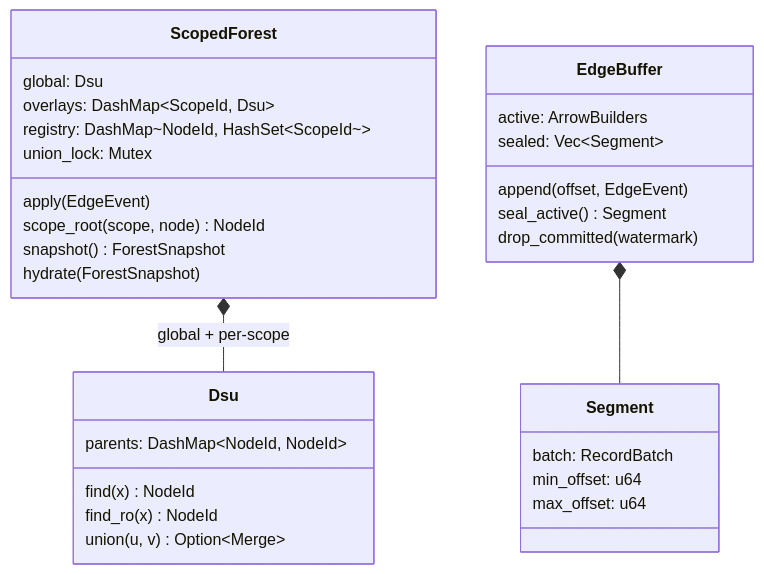
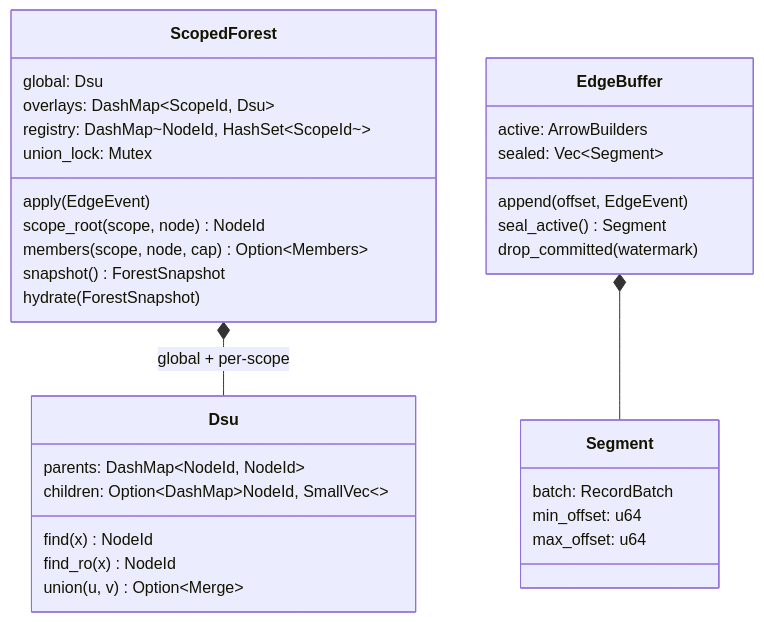
One commit to gilandose/blaze changed the third of 4 diagrams in ARCHITECTURE.md. Above: the diagram before and after it, drawn with Mermaid. The commit also changed other lines of this file and 28 other files, not shown here.

````diff
--- a/ARCHITECTURE.md
+++ b/ARCHITECTURE.md
@@ -148,33 +151,35 @@
 ```mermaid
 classDiagram
     class ScopedForest {
         global: Dsu
         overlays: DashMap~ScopeId, Dsu~
         registry: DashMap~NodeId, HashSet~ScopeId~~
         union_lock: Mutex
         apply(EdgeEvent)
         scope_root(scope, node) NodeId
+        members(scope, node, cap) Option~Members~
         snapshot() ForestSnapshot
         hydrate(ForestSnapshot)
     }
     class Dsu {
         parents: DashMap~NodeId, NodeId~
+        children: Option~DashMap~NodeId, SmallVec~~
         find(x) NodeId
         find_ro(x) NodeId
         union(u, v) Option~Merge~
     }
     class EdgeBuffer {
         active: ArrowBuilders
         sealed: Vec~Segment~
         append(offset, EdgeEvent)
         seal_active() Segment
         drop_committed(watermark)
     }
     class Segment {
         batch: RecordBatch
         min_offset: u64
         max_offset: u64
     }
     ScopedForest *-- Dsu : global + per-scope
     EdgeBuffer *-- Segment
 ```
````
